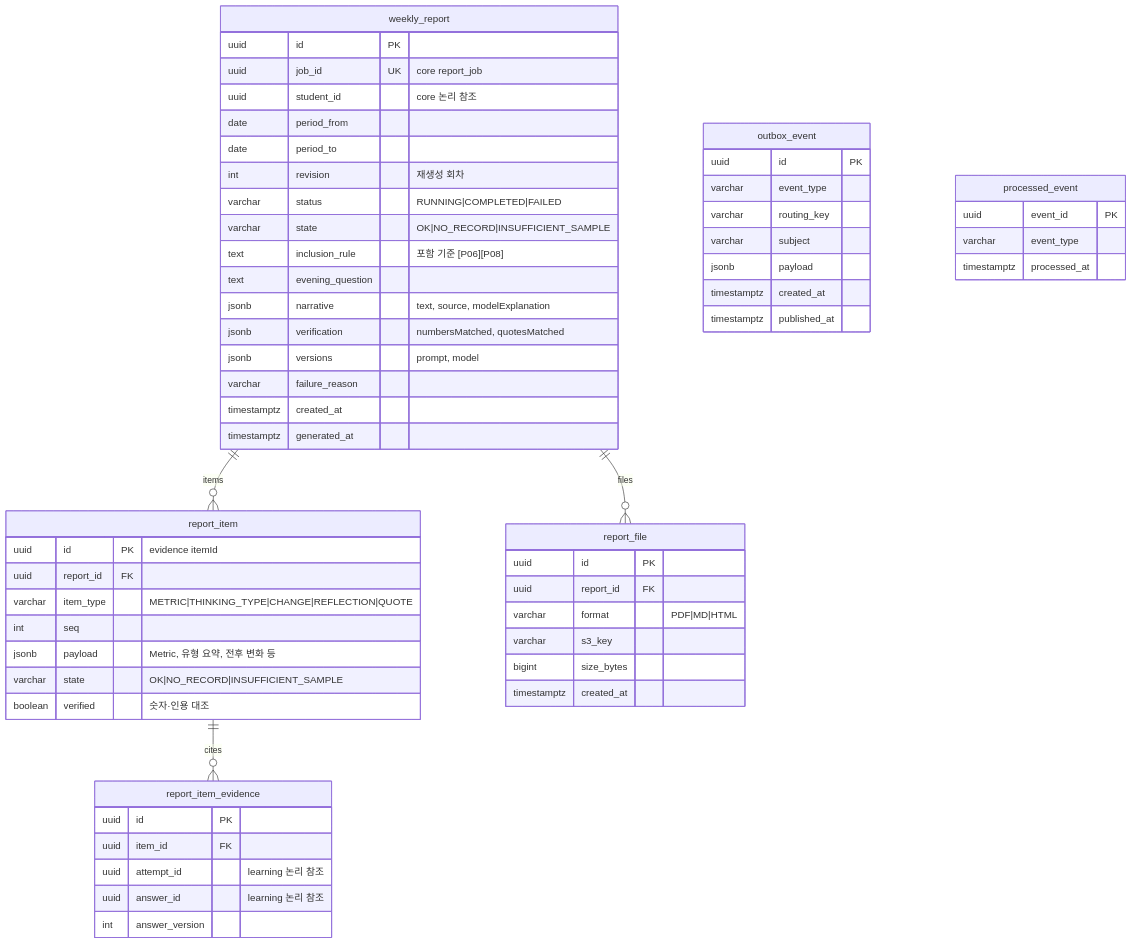
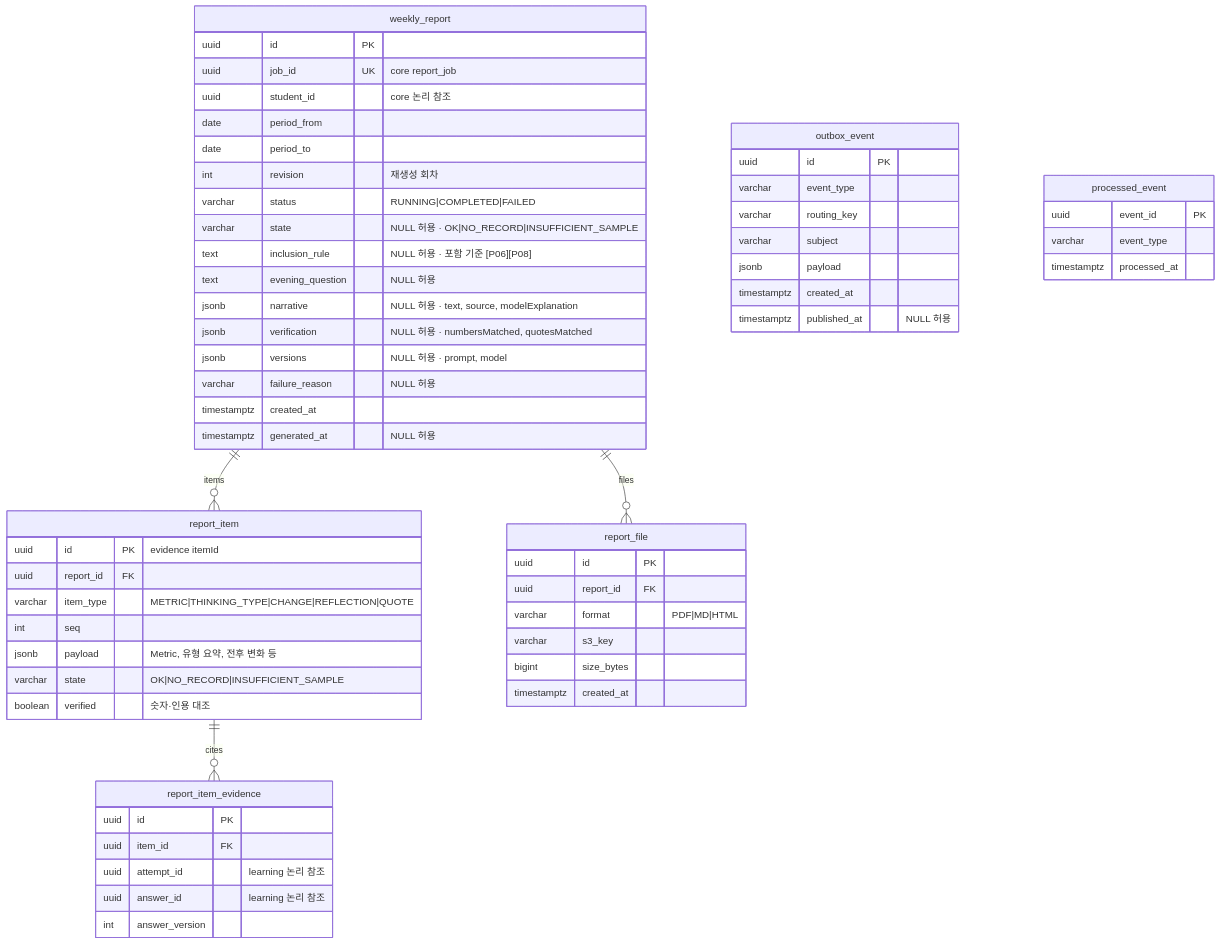
One commit to SKNETWORKS-FAMILY-AICAMP/SKN34-FINAL-3TEAM changed the ninth of 9 diagrams in docs/design/erd.md. Above: the diagram before and after it, drawn with Mermaid. The commit also changed other lines of this file and 2 other files, not shown here.

Commit message:
docs: 이슈 #5 ERD 계약과 후속 검토 범위 정리

````diff
--- a/docs/design/erd.md
+++ b/docs/design/erd.md
@@ -795,63 +802,63 @@
 ```mermaid
 erDiagram
   weekly_report ||--o{ report_item : items
   report_item ||--o{ report_item_evidence : cites
   weekly_report ||--o{ report_file : files
 
   weekly_report {
     uuid id PK
     uuid job_id UK "core report_job"
     uuid student_id "core 논리 참조"
     date period_from
     date period_to
     int revision "재생성 회차"
     varchar status "RUNNING|COMPLETED|FAILED"
-    varchar state "OK|NO_RECORD|INSUFFICIENT_SAMPLE"
-    text inclusion_rule "포함 기준 [P06][P08]"
-    text evening_question
-    jsonb narrative "text, source, modelExplanation"
-    jsonb verification "numbersMatched, quotesMatched"
-    jsonb versions "prompt, model"
-    varchar failure_reason
+    varchar state "NULL 허용 · OK|NO_RECORD|INSUFFICIENT_SAMPLE"
+    text inclusion_rule "NULL 허용 · 포함 기준 [P06][P08]"
+    text evening_question "NULL 허용"
+    jsonb narrative "NULL 허용 · text, source, modelExplanation"
+    jsonb verification "NULL 허용 · numbersMatched, quotesMatched"
+    jsonb versions "NULL 허용 · prompt, model"
+    varchar failure_reason "NULL 허용"
     timestamptz created_at
-    timestamptz generated_at
+    timestamptz generated_at "NULL 허용"
   }
   report_item {
     uuid id PK "evidence itemId"
     uuid report_id FK
     varchar item_type "METRIC|THINKING_TYPE|CHANGE|REFLECTION|QUOTE"
     int seq
     jsonb payload "Metric, 유형 요약, 전후 변화 등"
     varchar state "OK|NO_RECORD|INSUFFICIENT_SAMPLE"
     boolean verified "숫자·인용 대조"
   }
   report_item_evidence {
     uuid id PK
     uuid item_id FK
     uuid attempt_id "learning 논리 참조"
     uuid answer_id "learning 논리 참조"
     int answer_version
   }
   report_file {
     uuid id PK
     uuid report_id FK
     varchar format "PDF|MD|HTML"
     varchar s3_key
     bigint size_bytes
     timestamptz created_at
   }
   outbox_event {
     uuid id PK
     varchar event_type
     varchar routing_key
     varchar subject
     jsonb payload
     timestamptz created_at
-    timestamptz published_at
+    timestamptz published_at "NULL 허용"
   }
   processed_event {
     uuid event_id PK
     varchar event_type
     timestamptz processed_at
   }
 ```
````
